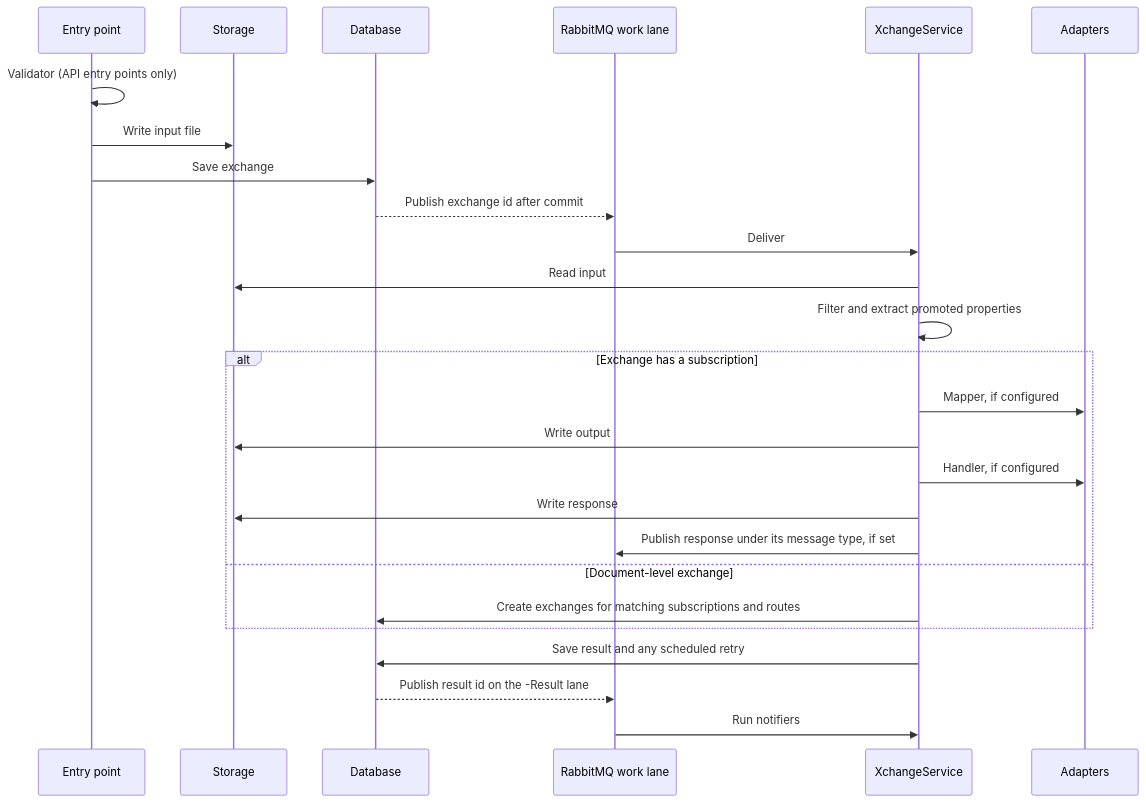
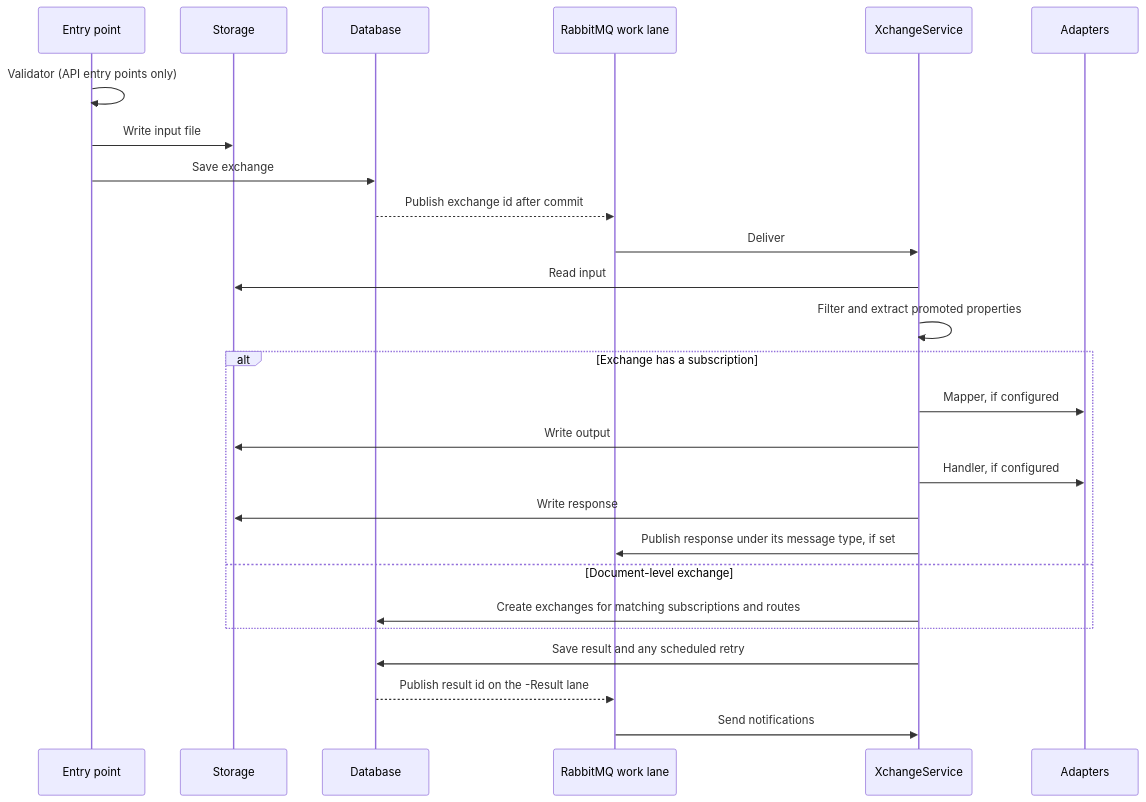
The diagram in docs/exchange-pipeline.md (simplify9/Bitween-api), drawn with Mermaid before and after one commit. The commit also changed other lines of this file and 13 other files, not shown here.

````diff
--- a/docs/exchange-pipeline.md
+++ b/docs/exchange-pipeline.md
@@ -7,28 +7,28 @@
 ```mermaid
 sequenceDiagram
   participant E as Entry point
   participant S as Storage
   participant DB as Database
   participant Q as RabbitMQ work lane
   participant X as XchangeService
   participant A as Adapters
   E->>E: Validator (API entry points only)
   E->>S: Write input file
   E->>DB: Save exchange
   DB-->>Q: Publish exchange id after commit
   Q->>X: Deliver
   X->>S: Read input
   X->>X: Filter and extract promoted properties
   alt Exchange has a subscription
     X->>A: Mapper, if configured
     X->>S: Write output
     X->>A: Handler, if configured
     X->>S: Write response
     X->>Q: Publish response under its message type, if set
   else Document-level exchange
     X->>DB: Create exchanges for matching subscriptions and routes
   end
   X->>DB: Save result and any scheduled retry
   DB-->>Q: Publish result id on the -Result lane
-  Q->>X: Run notifiers
+  Q->>X: Send notifications
 ```
````
